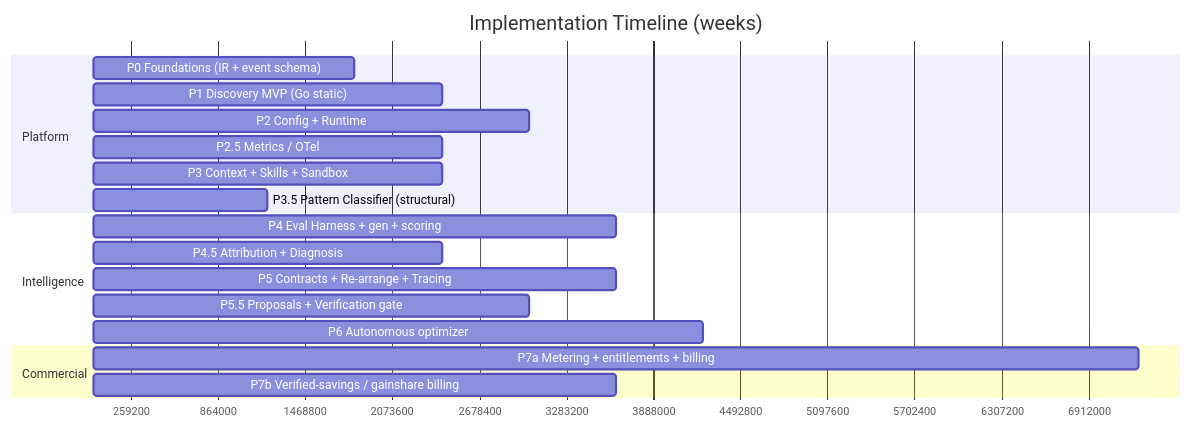
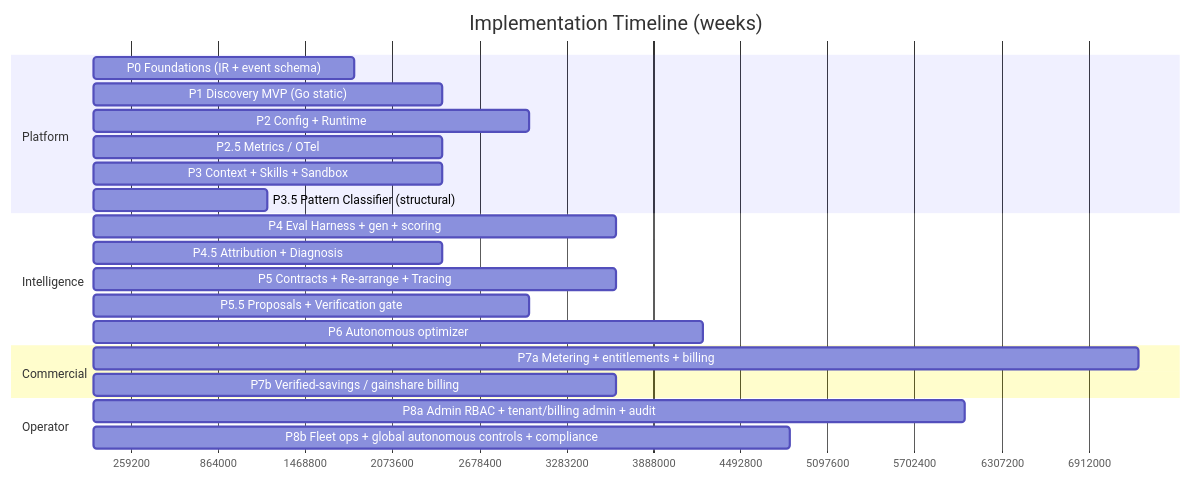
One commit to damonleelcx/heros-agent changed the third of 3 diagrams in docs/implementation-timeline/README.md. Above: the diagram before and after it, drawn with Mermaid. The commit also changed other lines of this file and 10 other files, not shown here.

First line of the commit message:
docs: add P8 Admin & Operations Console (internal operator surface)

````diff
--- a/docs/implementation-timeline/README.md
+++ b/docs/implementation-timeline/README.md
@@ -133,22 +147,25 @@
 ```mermaid
 gantt
   title Implementation Timeline (weeks)
   dateFormat X
   axisFormat %s
   section Platform
   P0 Foundations (IR + event schema)      :p0, 0, 3w
   P1 Discovery MVP (Go static)            :p1, 3, 4w
   P2 Config + Runtime                     :p2, 6, 5w
   P2.5 Metrics / OTel                     :p25, 9, 4w
   P3 Context + Skills + Sandbox           :p3, 12, 4w
   P3.5 Pattern Classifier (structural)    :p35, 15, 2w
   section Intelligence
   P4 Eval Harness + gen + scoring         :p4, 16, 6w
   P4.5 Attribution + Diagnosis            :p45, 21, 4w
   P5 Contracts + Re-arrange + Tracing     :p5, 24, 6w
   P5.5 Proposals + Verification gate      :p55, 29, 5w
   P6 Autonomous optimizer                 :p6, 33, 7w
   section Commercial
   P7a Metering + entitlements + billing   :p7a, 22, 12w
   P7b Verified-savings / gainshare billing:p7b, 34, 6w
+  section Operator
+  P8a Admin RBAC + tenant/billing admin + audit :p8a, 24, 10w
+  P8b Fleet ops + global autonomous controls + compliance :p8b, 34, 8w
 ```
````
